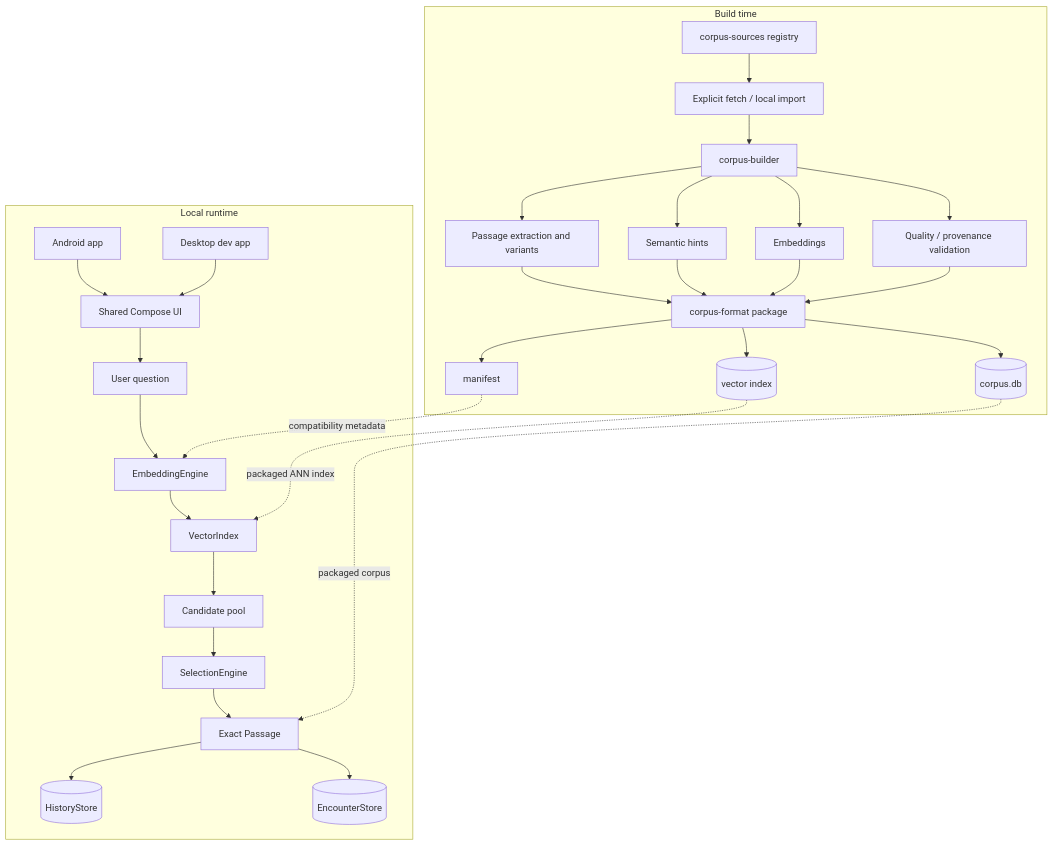
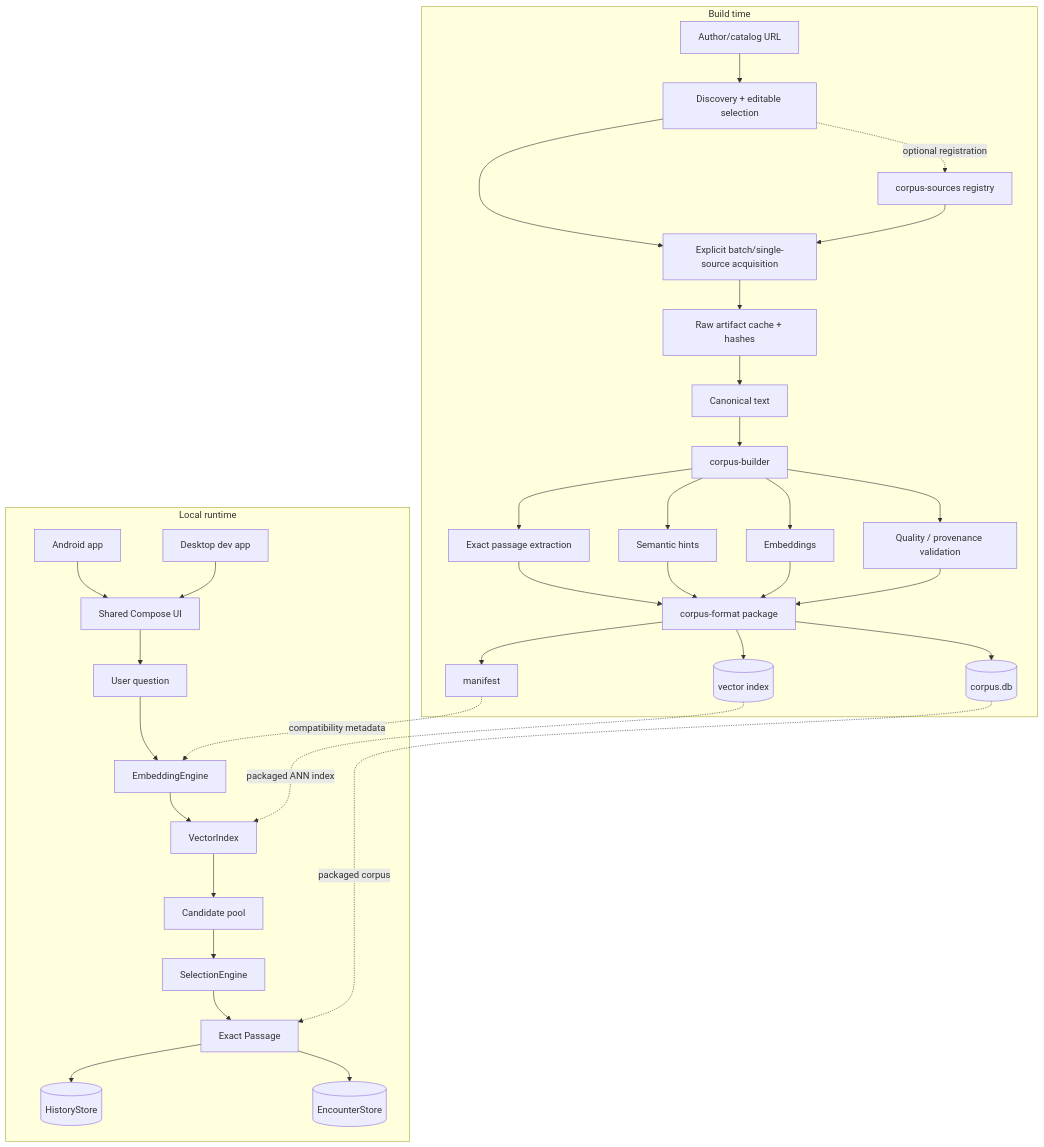
Before and after one commit to folk21/sibyl: the first of 2 diagrams in docs/ARCHITECTURE.md, drawn with Mermaid. The commit also changed other lines of this file and 56 other files, not shown here.

Commit message:
Add deterministic exact-source passage extraction using paragraph/sentence boundaries with hard max size and word-boundary fallback. Evaluate `intfloat/multilingual-e5-small` as the first multilingual baseline; production model lock remains pending.

````diff
--- a/docs/ARCHITECTURE.md
+++ b/docs/ARCHITECTURE.md
@@ -9,54 +9,61 @@
 ```mermaid
 flowchart TB
     subgraph BuildTime[Build time]
+        SU[Author/catalog URL]
+        DS[Discovery + editable selection]
         SR[corpus-sources registry]
-        FI[Explicit fetch / local import]
+        FI[Explicit batch/single-source acquisition]
+        AC[Raw artifact cache + hashes]
+        CN[Canonical text]
         CB[corpus-builder]
-        PE[Passage extraction and variants]
+        PE[Exact passage extraction]
         SH[Semantic hints]
         EM[Embeddings]
         QV[Quality / provenance validation]
         CF[corpus-format package]
         DB[(corpus.db)]
         VI[(vector index)]
         MF[manifest]
 
-        SR --> FI --> CB
+        SU --> DS --> FI
+        DS -. optional registration .-> SR
+        SR --> FI
+        FI --> AC --> CN --> CB
         CB --> PE
         CB --> SH
         CB --> EM
         CB --> QV
         PE --> CF
         SH --> CF
         EM --> CF
         QV --> CF
         CF --> DB
         CF --> VI
         CF --> MF
     end
 
     subgraph Runtime[Local runtime]
         AAPP[Android app]
         DAPP[Desktop dev app]
         UI[Shared Compose UI]
         Q[User question]
         EE[EmbeddingEngine]
         VX[VectorIndex]
         CP[Candidate pool]
         SE[SelectionEngine]
         P[Exact Passage]
         HS[(HistoryStore)]
         ES[(EncounterStore)]
 
         AAPP --> UI
         DAPP --> UI
         UI --> Q
         Q --> EE --> VX --> CP --> SE --> P
         P --> HS
         P --> ES
     end
 
     DB -. packaged corpus .-> P
     VI -. packaged ANN index .-> VX
     MF -. compatibility metadata .-> EE
 ```
````
